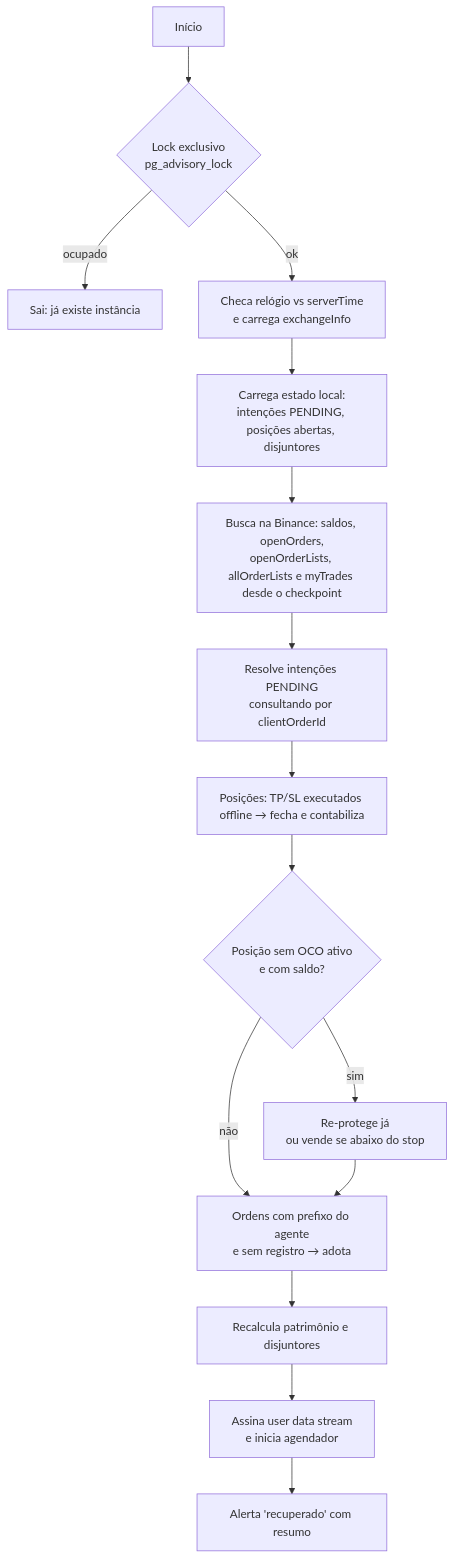
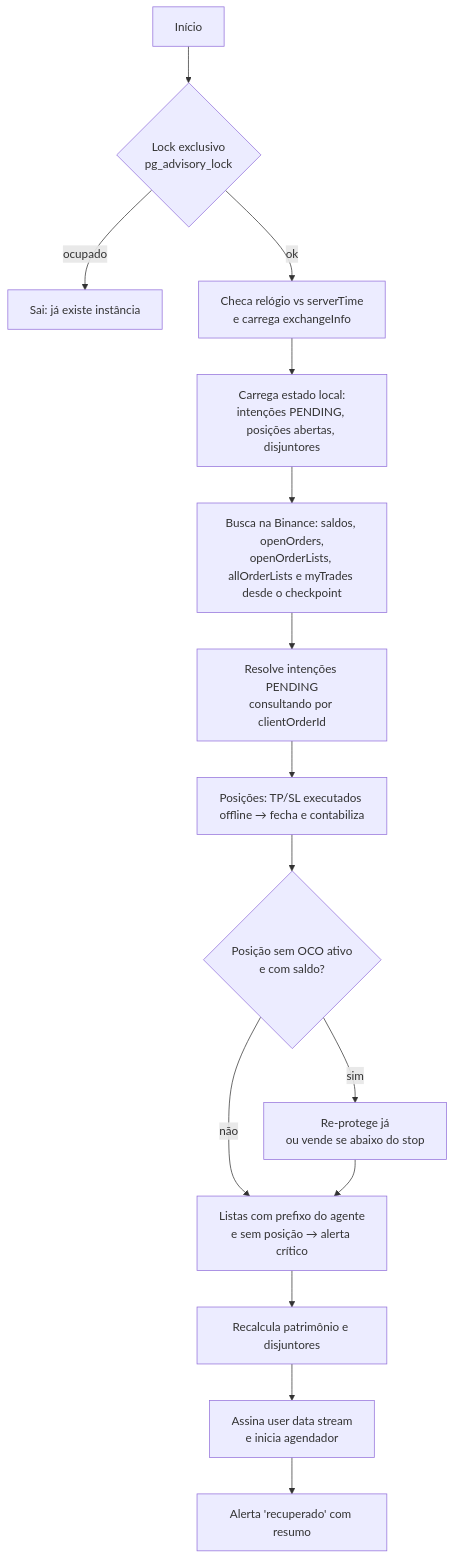
The fourth of 4 diagrams in doc/03-arquitetura-recomendada.md (matheusneder/ai-trade-agent), drawn with Mermaid before and after one commit. The commit also changed other lines of this file and 36 other files, not shown here.

````diff
--- a/doc/03-arquitetura-recomendada.md
+++ b/doc/03-arquitetura-recomendada.md
@@ -435,17 +437,17 @@
 ```mermaid
 flowchart TD
   A[Início] --> B{Lock exclusivo<br/>pg_advisory_lock}
   B -- ocupado --> Z[Sai: já existe instância]
   B -- ok --> C[Checa relógio vs serverTime<br/>e carrega exchangeInfo]
   C --> D[Carrega estado local:<br/>intenções PENDING, posições abertas, disjuntores]
   D --> E[Busca na Binance: saldos, openOrders,<br/>openOrderLists, allOrderLists e myTrades desde o checkpoint]
   E --> F[Resolve intenções PENDING<br/>consultando por clientOrderId]
   F --> G[Posições: TP/SL executados offline → fecha e contabiliza]
   G --> H{Posição sem OCO ativo<br/>e com saldo?}
   H -- sim --> I[Re-protege já<br/>ou vende se abaixo do stop]
-  H -- não --> J[Ordens com prefixo do agente<br/>e sem registro → adota]
+  H -- não --> J[Listas com prefixo do agente<br/>e sem posição → alerta crítico]
   I --> J
   J --> K[Recalcula patrimônio e disjuntores]
   K --> L[Assina user data stream<br/>e inicia agendador]
   L --> M[Alerta 'recuperado' com resumo]
 ```
````
